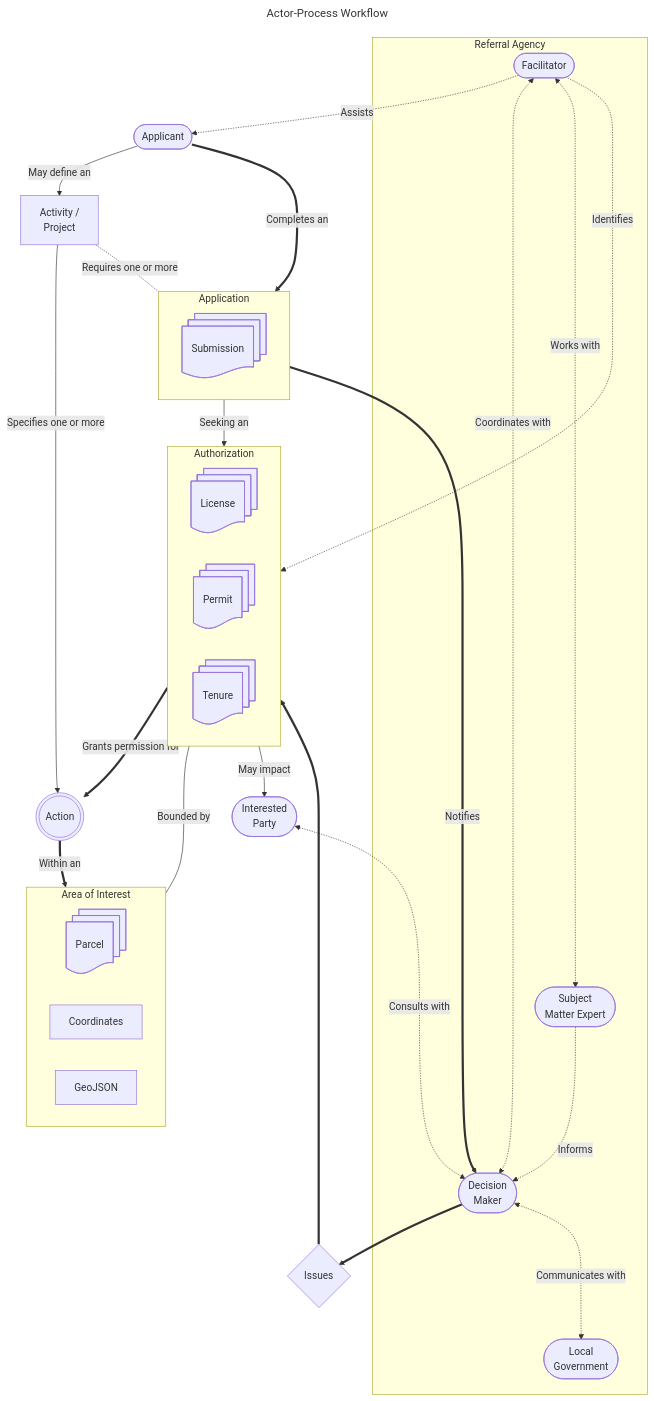
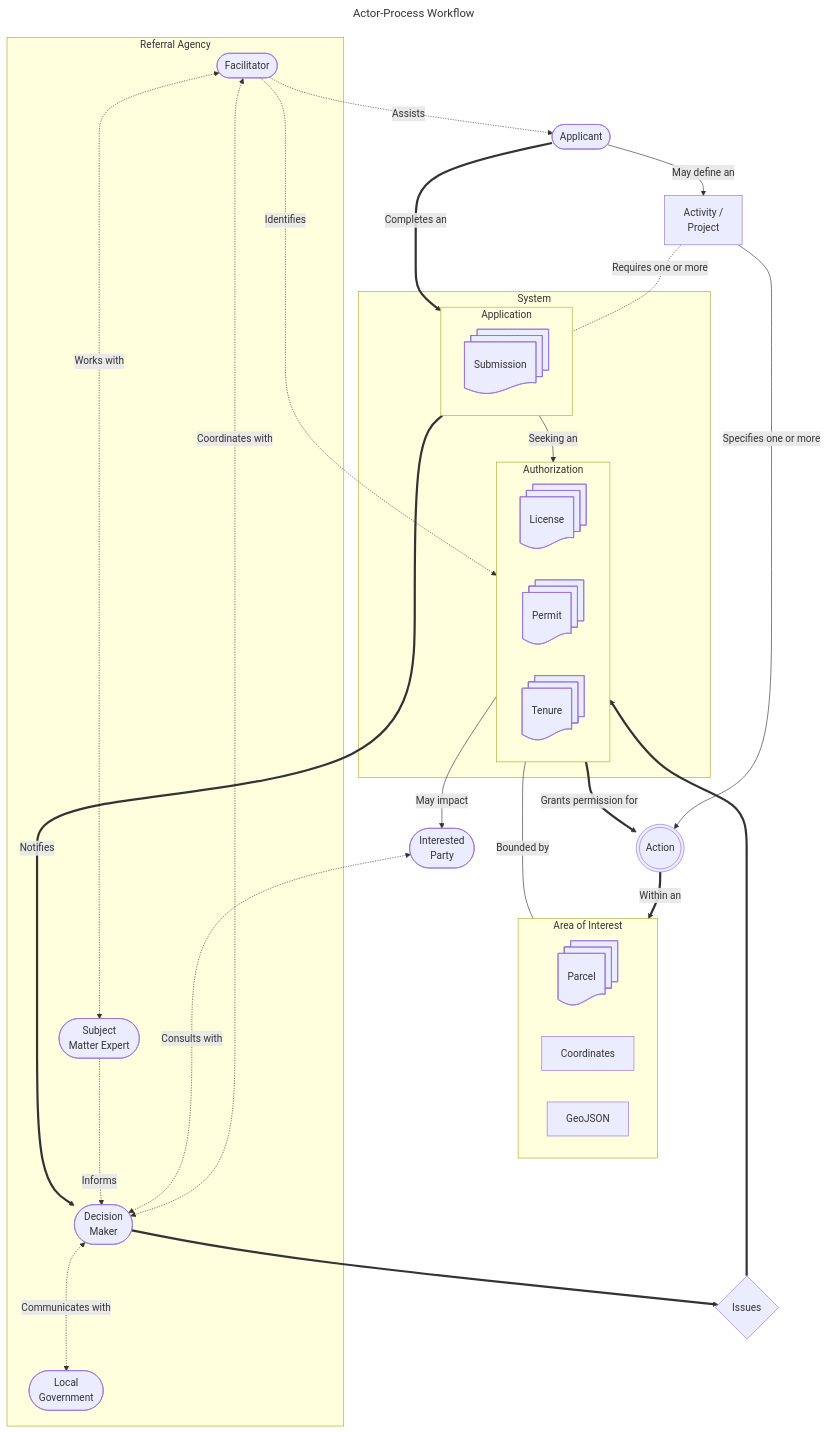
Before and after one commit to bcgov/nr-pies: the first of 2 diagrams in docs/intro/terminology.md, drawn with Mermaid. The commit also changed other lines of this file, not shown here.

Commit message:
Add definition of system

````diff
--- a/docs/intro/terminology.md
+++ b/docs/intro/terminology.md
@@ -66,65 +67,69 @@
 ```mermaid
 ---
 title: Actor-Process Workflow
 ---
 %% v11 broke and made all links have arrow heads
 %% Ref: https://github.com/mermaid-js/mermaid/issues/5813
 flowchart TB
   Action@{ shape: dbl-circ }
   AP@{ label: "Activity /\nProject"}
   Applicant@{ shape: stadium }
   DM@{ shape: stadium, label: "Decision
     Maker" }
   Facilitator@{ shape: stadium }
   IP@{ shape: stadium, label: "Interested
     Party" }
   Issues@{ shape: diamond }
   License@{ shape: docs }
   LG@{ shape: stadium, label: "Local
     Government" }
   Parcel@{ shape: docs }
   Permit@{ shape: docs }
   SME@{ shape: stadium, label: "Subject
     Matter Expert" }
   Submission@{ shape: docs }
   Tenure@{ shape: docs }
 
   Action ==>|Within an| AOI
   AP -->|Specifies one or more| Action
   AP -.-|Requires one or more| Application
   Applicant -->|May define an| AP
   Applicant ==>|Completes an| Application
   Application -->|Seeking an| Authorization
   Application ==>|Notifies| DM
   Authorization ==>|Grants permission for| Action
   Authorization ---|Bounded by| AOI
   Authorization -->|May impact| IP
   DM ==> Issues ==> Authorization
   DM <-..->|Communicates with| LG
   Facilitator -.->|Identifies| Authorization
   Facilitator -.->|Assists| Applicant
   Facilitator <-.->|Coordinates with| DM
   Facilitator <-.->|Works with| SME
   IP <-..->|Consults with| DM
   SME -.->|Informs| DM
 
   subgraph AOI[Area of Interest]
     Coordinates
     GeoJSON
     Parcel
   end
   subgraph Application
     Submission
   end
   subgraph Authorization
     License
     Permit
     Tenure
   end
   subgraph RA[Referral Agency]
     DM
     Facilitator
     LG
     SME
   end
+  subgraph System
+    Application
+    Authorization
+  end
 ```
````
